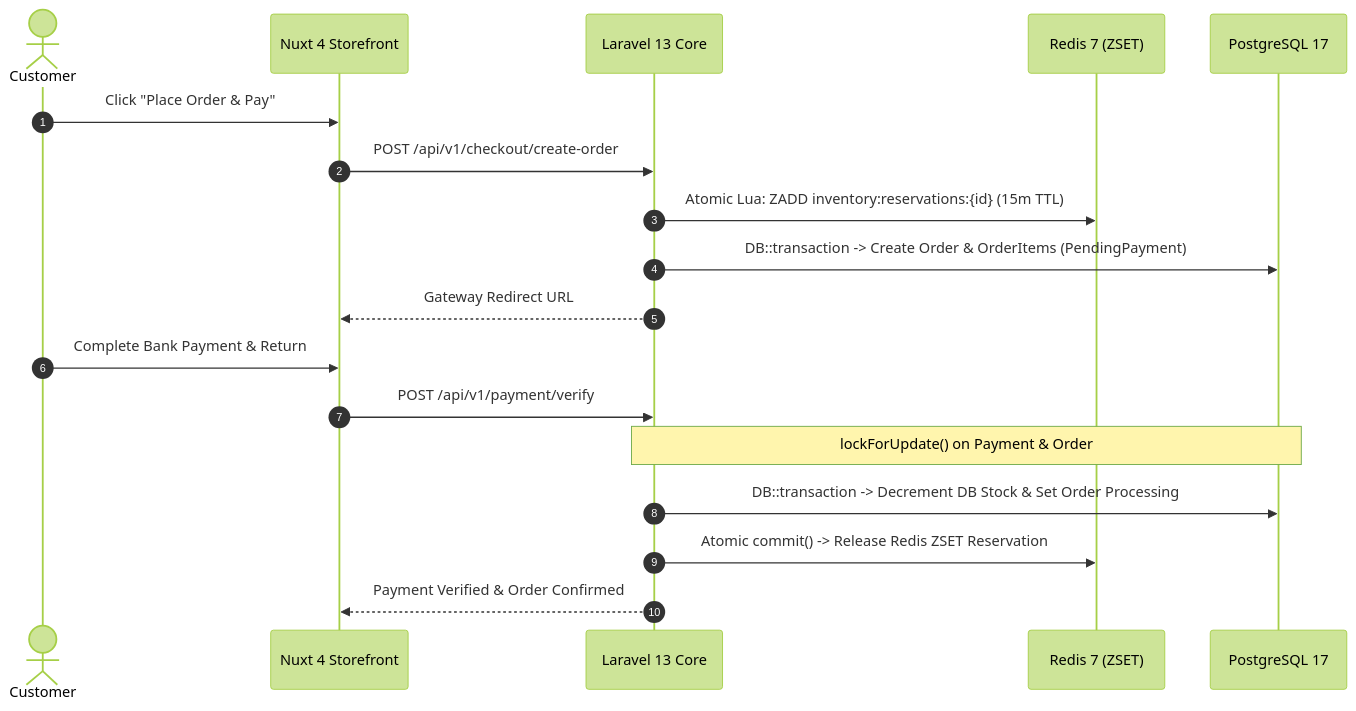
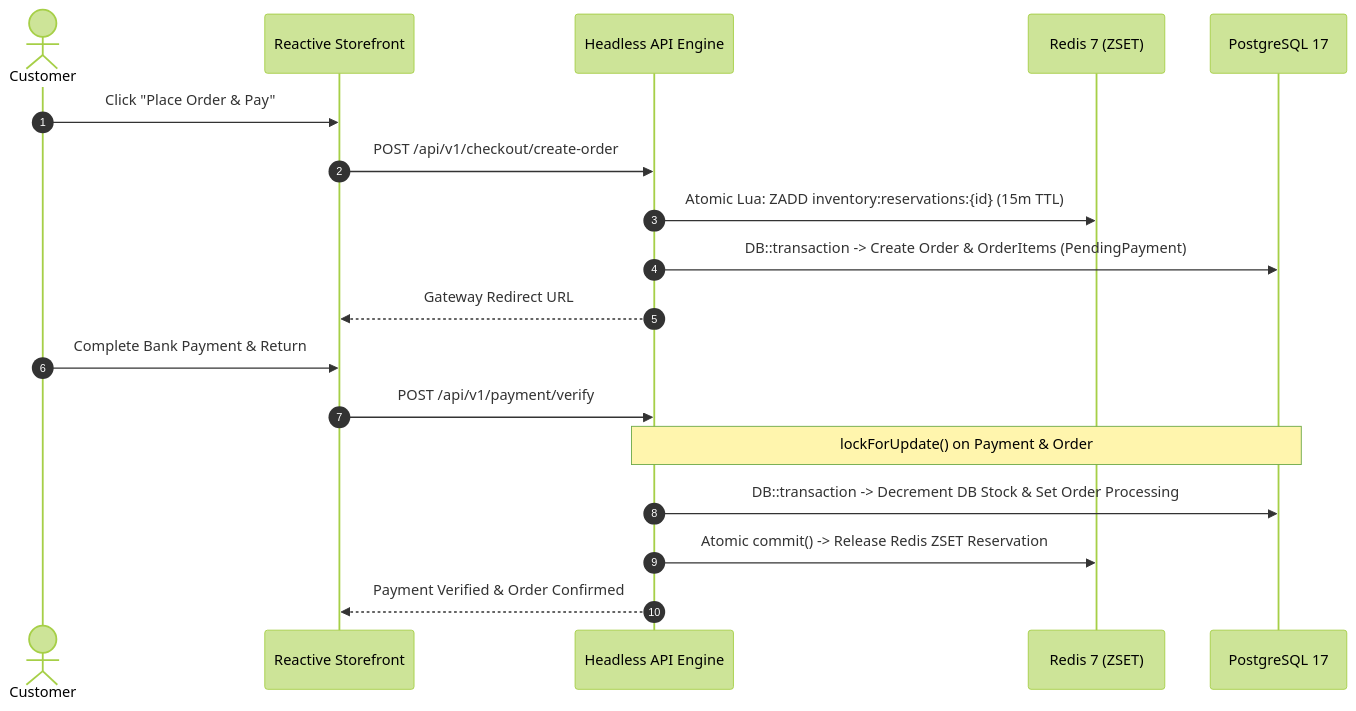
One commit to reyhan-commerce/reyhan changed the diagram in FRAMEWORK.md. Above: the diagram before and after it, drawn with Mermaid (forest theme). The commit also changed other lines of this file and 4 other files, not shown here.

````diff
--- a/FRAMEWORK.md
+++ b/FRAMEWORK.md
@@ -50,21 +64,21 @@
 ```mermaid
 sequenceDiagram
     autonumber
     actor Customer
-    participant Storefront as Nuxt 4 Storefront
-    participant API as Laravel 13 Core
+    participant Storefront as Reactive Storefront
+    participant API as Headless API Engine
     participant Redis as Redis 7 (ZSET)
     participant DB as PostgreSQL 17
 
     Customer->>Storefront: Click "Place Order & Pay"
     Storefront->>API: POST /api/v1/checkout/create-order
     API->>Redis: Atomic Lua: ZADD inventory:reservations:{id} (15m TTL)
     API->>DB: DB::transaction -> Create Order & OrderItems (PendingPayment)
     API-->>Storefront: Gateway Redirect URL
     Customer->>Storefront: Complete Bank Payment & Return
     Storefront->>API: POST /api/v1/payment/verify
     Note over API,DB: lockForUpdate() on Payment & Order
     API->>DB: DB::transaction -> Decrement DB Stock & Set Order Processing
     API->>Redis: Atomic commit() -> Release Redis ZSET Reservation
     API-->>Storefront: Payment Verified & Order Confirmed
 ```
````
